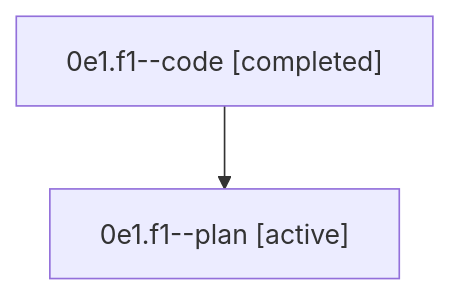
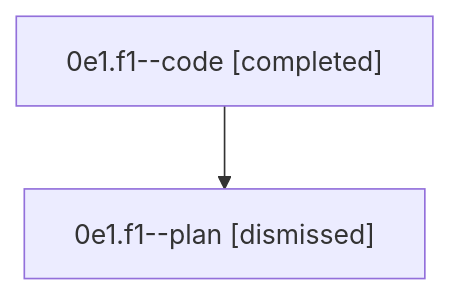
One commit to sase-org/sase--agents changed the diagram in sessions/bbugyi200.athena.0e1.f1.md. Above: the diagram before and after it, drawn with Mermaid. The commit also changed other lines of this file and 49 other files, not shown here.

````diff
--- a/sessions/bbugyi200.athena.0e1.f1.md
+++ b/sessions/bbugyi200.athena.0e1.f1.md
@@ -9,6 +9,6 @@
 ```mermaid
 flowchart TD
   n0["0e1.f1--code [completed]"]
-  n1["0e1.f1--plan [active]"]
+  n1["0e1.f1--plan [dismissed]"]
   n0 --> n1
 ```
````
